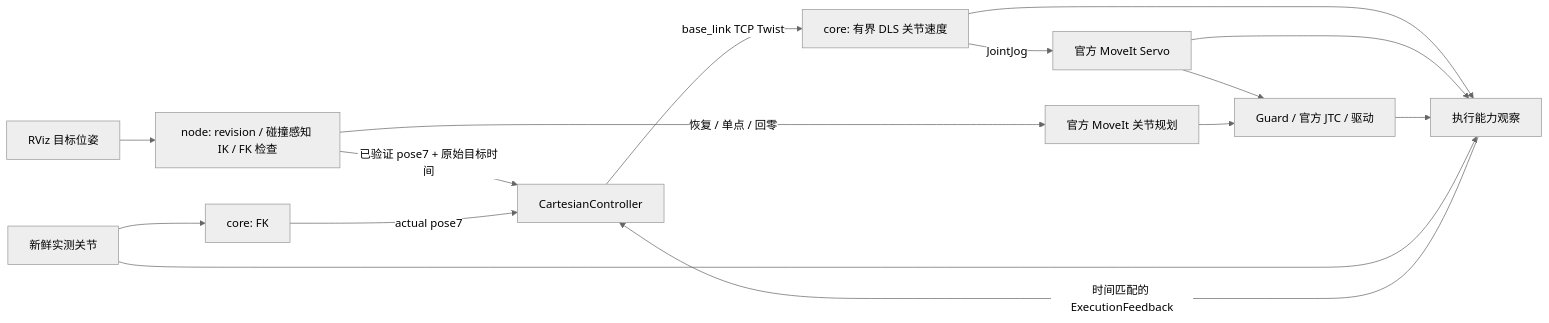
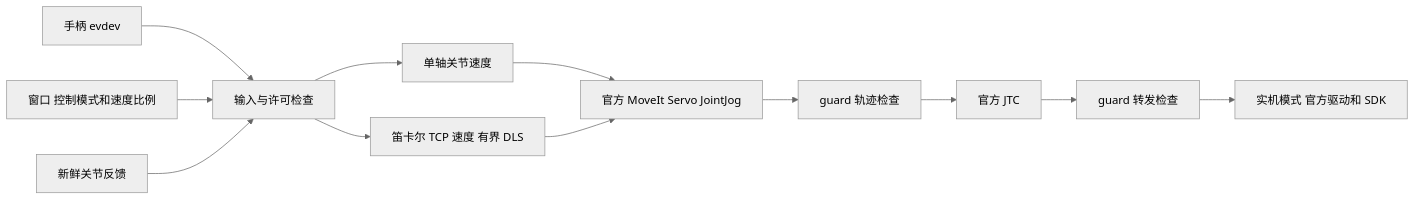
One commit to lzc-datou/PiperL_Robot changed the diagram in docs/项目结构与控制接口.md. Above: the diagram before and after it, drawn with Mermaid (neutral theme). The commit also changed other lines of this file and 102 other files, not shown here.

````diff
--- a/docs/项目结构与控制接口.md
+++ b/docs/项目结构与控制接口.md
@@ -49,17 +58,14 @@
 ```mermaid
 flowchart LR
-    U[RViz 目标位姿] --> N[node: revision / 碰撞感知 IK / FK 检查]
-    F[新鲜实测关节] --> K[core: FK]
-    N -->|已验证 pose7 + 原始目标时间| C[CartesianController]
-    K -->|actual pose7| C
-    C -->|base_link TCP Twist| D[core: 有界 DLS 关节速度]
-    D -->|JointJog| S[官方 MoveIt Servo]
-    S --> G[Guard / 官方 JTC / 驱动]
-    D --> O[执行能力观察]
-    S --> O
-    G --> O
-    F --> O
-    O -->|时间匹配的 ExecutionFeedback| C
-    N -->|恢复 / 单点 / 回零| P[官方 MoveIt 关节规划]
-    P --> G
+    I[手柄 evdev] --> B[输入与许可检查]
+    U[窗口 控制模式和速度比例] --> B
+    F[新鲜关节反馈] --> B
+    B --> A[单轴关节速度]
+    B --> C[笛卡尔 TCP 速度 有界 DLS]
+    A --> S[官方 MoveIt Servo JointJog]
+    C --> S
+    S --> G[guard 轨迹检查]
+    G --> J[官方 JTC]
+    J --> O[guard 转发检查]
+    O --> R[实机模式 官方驱动和 SDK]
 ```
````
